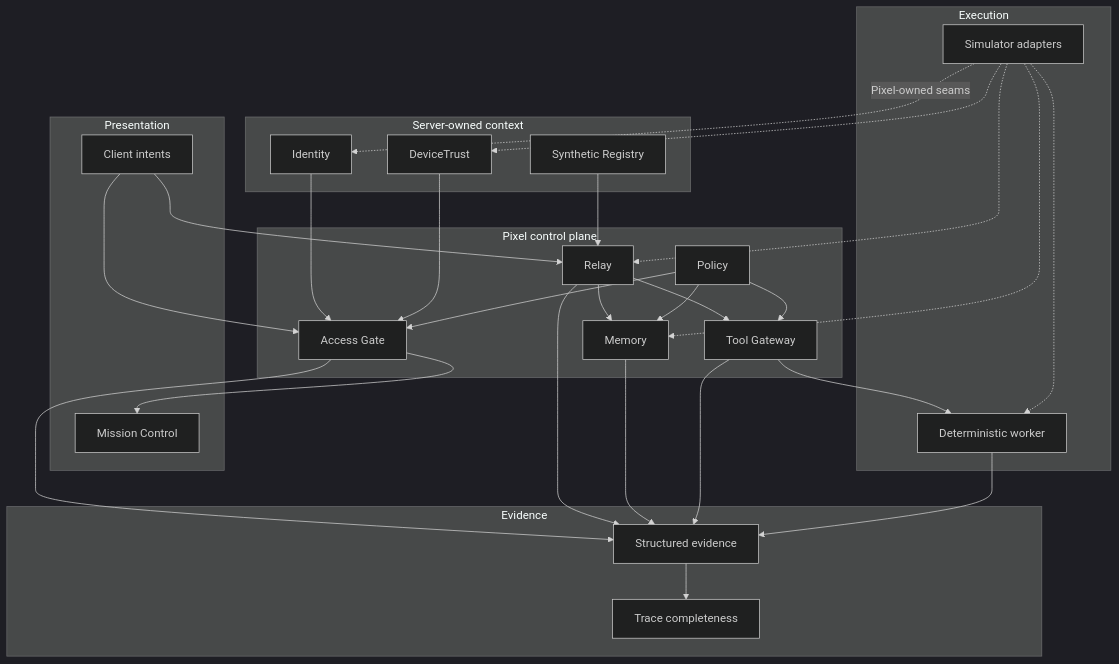
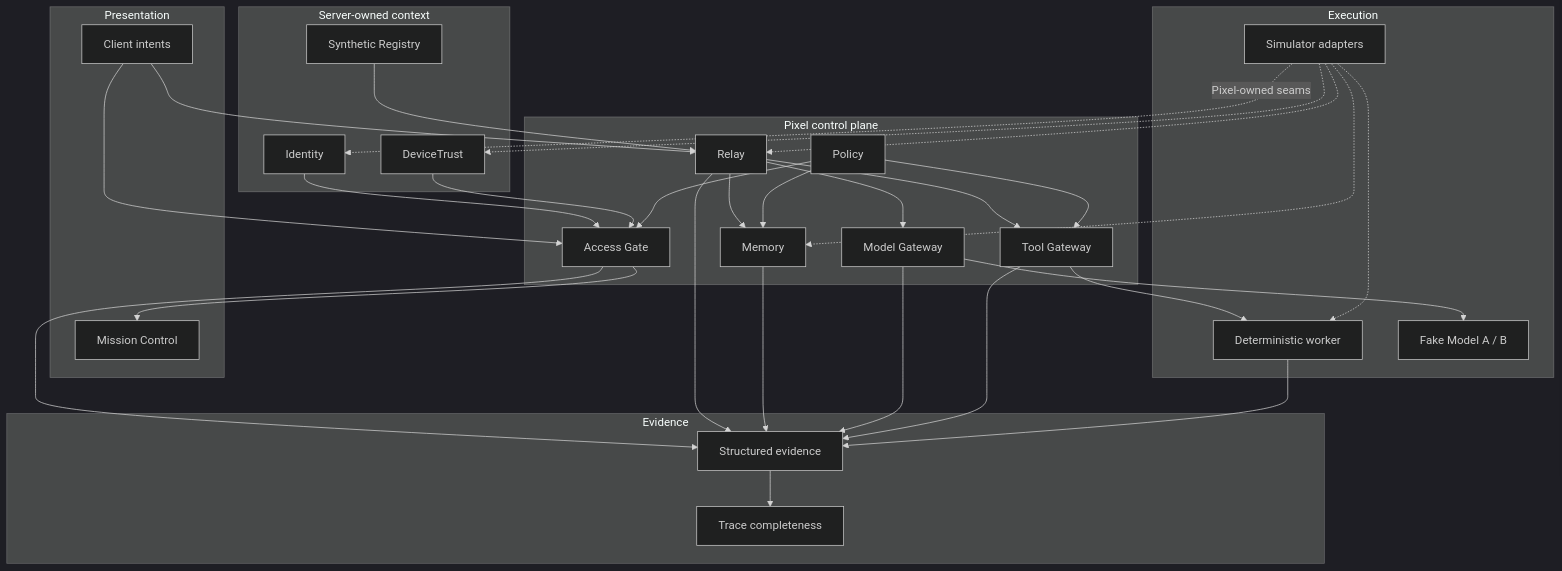
The diagram in ARCHITECTURE.md (GrimClawBot/Pixel-HQ-OSS), drawn with Mermaid (dark theme) before and after one commit. The commit also changed other lines of this file and 41 other files, not shown here.

First line of the commit message:
PX-005: add simulator-first Pixel Model Gateway

````diff
--- a/ARCHITECTURE.md
+++ b/ARCHITECTURE.md
@@ -11,58 +11,63 @@
 ```mermaid
 flowchart TB
     subgraph Presentation
       MC[Mission Control]
       CL[Client intents]
     end
 
     subgraph ControlPlane[Pixel control plane]
       AG[Access Gate]
       R[Relay]
       M[Memory]
+      MG[Model Gateway]
       TG[Tool Gateway]
       POL[Policy]
     end
 
     subgraph Context[Server-owned context]
       ID[Identity]
       DT[DeviceTrust]
       REG[Synthetic Registry]
     end
 
     subgraph Execution
       WK[Deterministic worker]
       SIM[Simulator adapters]
+      FM[Fake Model A / B]
     end
 
     subgraph Evidence
       EV[Structured evidence]
       TC[Trace completeness]
     end
 
     CL --> AG
     ID --> AG
     DT --> AG
     POL --> AG
     AG --> MC
 
     CL --> R
     REG --> R
     R --> M
+    R --> MG
     R --> TG
     POL --> M
     POL --> TG
     TG --> WK
+    MG --> FM
 
     SIM -. Pixel-owned seams .-> ID
     SIM -.-> DT
     SIM -.-> R
     SIM -.-> M
     SIM -.-> WK
 
     AG --> EV
     R --> EV
     M --> EV
+    MG --> EV
     TG --> EV
     WK --> EV
     EV --> TC
 ```
````
